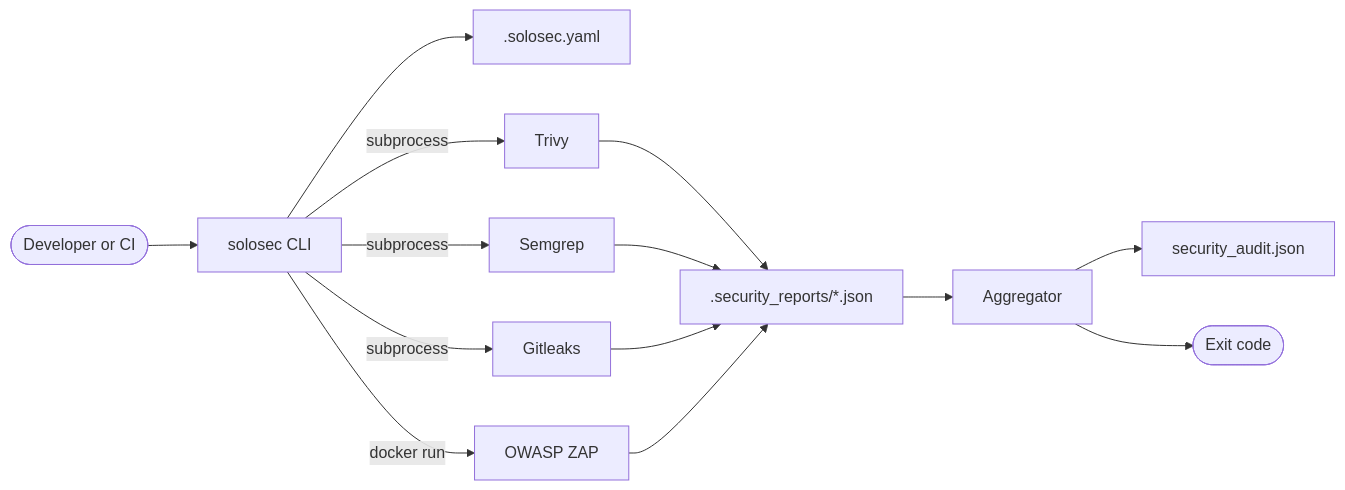
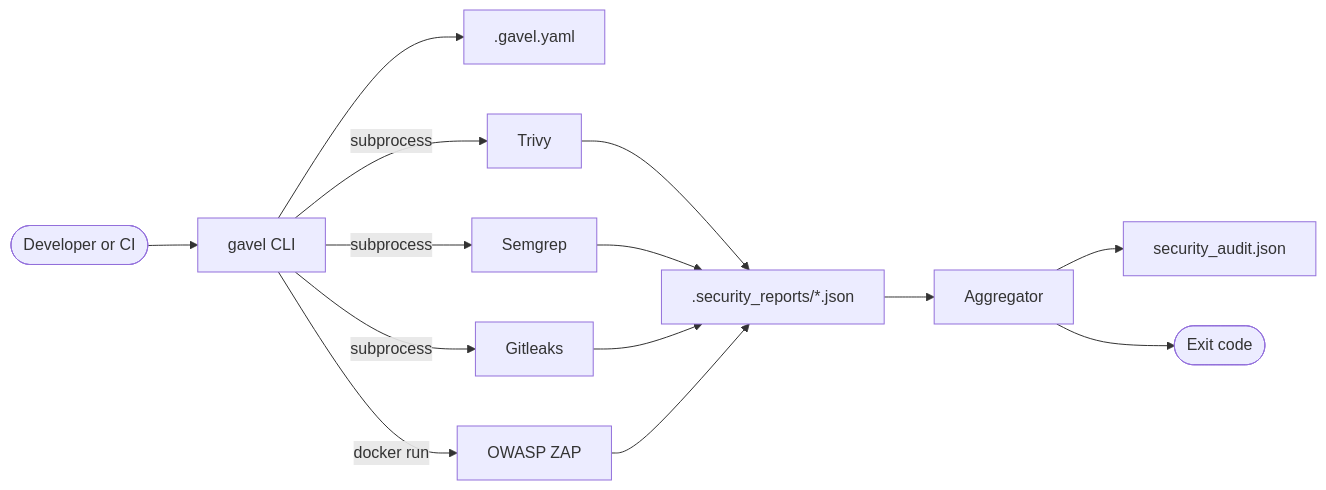
Before and after one commit to maltemindedal/solosec: the diagram in docs/architecture/overview.md, drawn with Mermaid. The commit also changed other lines of this file and 35 other files, not shown here.

````diff
--- a/docs/architecture/overview.md
+++ b/docs/architecture/overview.md
@@ -9,16 +9,16 @@
 ```mermaid
 flowchart LR
-    user([Developer or CI]) --> cli[solosec CLI]
-    cli --> cfg[".solosec.yaml"]
+    user([Developer or CI]) --> cli[gavel CLI]
+    cli --> cfg[".gavel.yaml"]
     cli -->|subprocess| trivy[Trivy]
     cli -->|subprocess| semgrep[Semgrep]
     cli -->|subprocess| gitleaks[Gitleaks]
     cli -->|docker run| zap[OWASP ZAP]
     trivy --> reports[".security_reports/*.json"]
     semgrep --> reports
     gitleaks --> reports
     zap --> reports
     reports --> agg[Aggregator]
     agg --> json["security_audit.json"]
     agg --> exit([Exit code])
 ```
````
